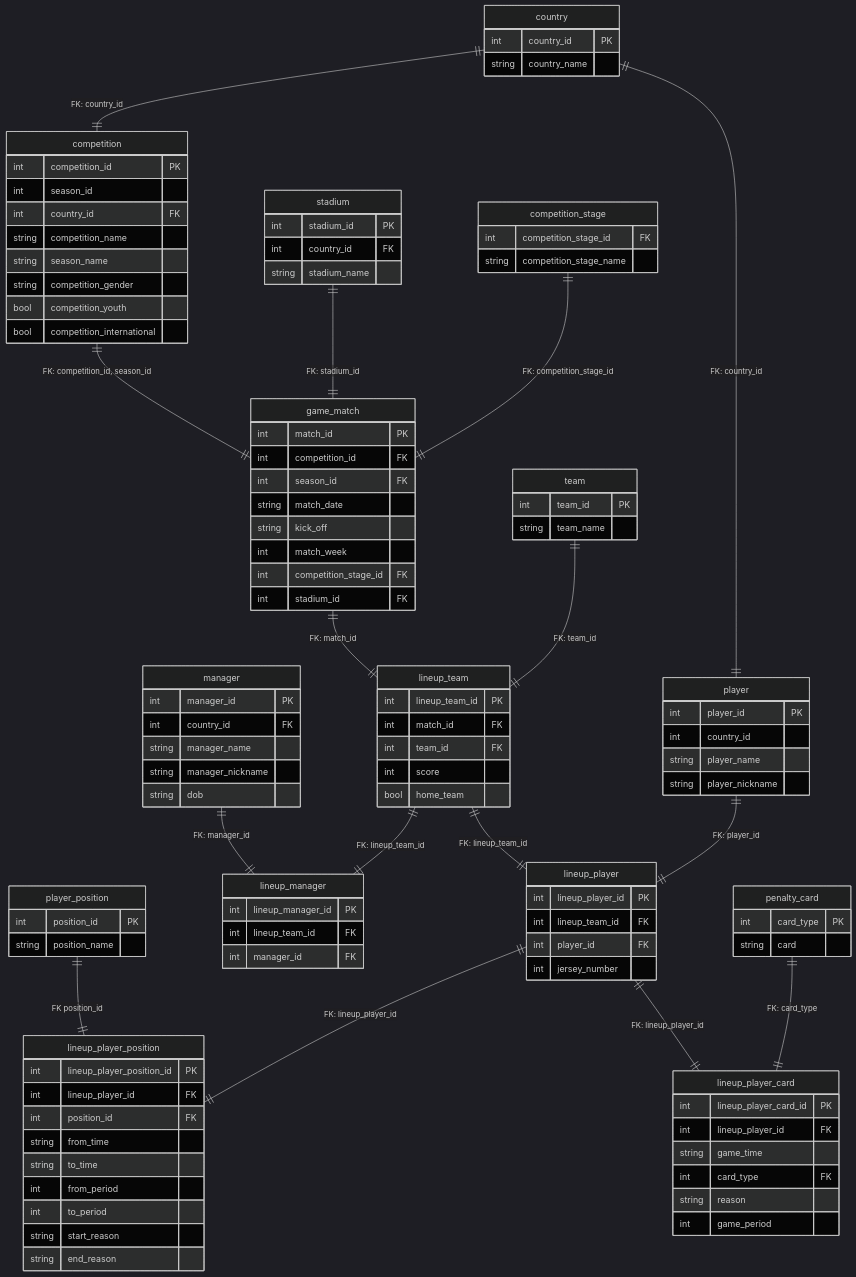
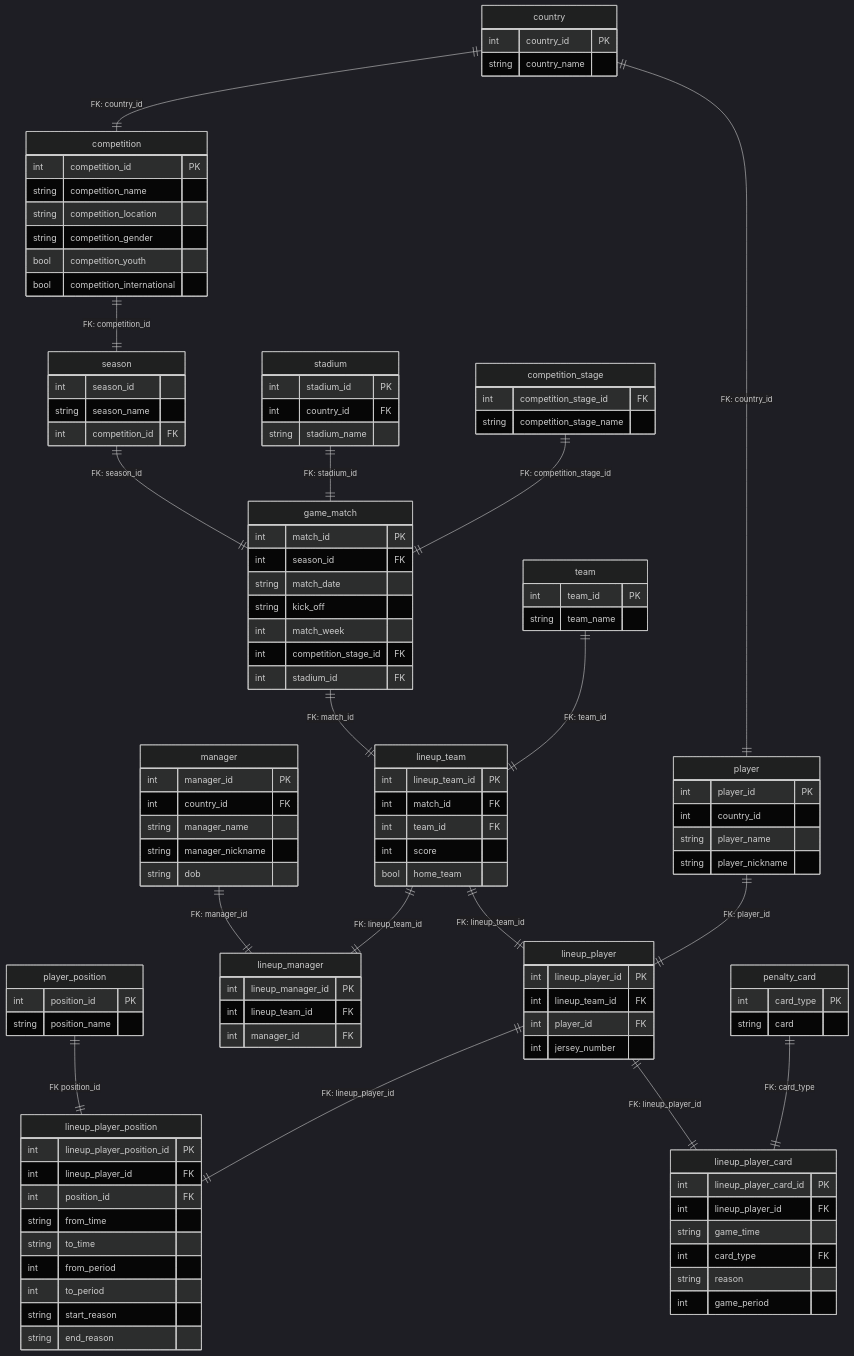
The second of 2 diagrams in README.md (SaturnOperator/Soccer-Database), drawn with Mermaid (dark theme) before and after one commit. The commit also changed 3 other files, not shown here.

Commit message:
Fully implemented all tables needed for data/competitions and data/lineups/* json files. This change has more changes that further normalizes the json data and addition of new tables reflected in the SQL table setup file and changes to the ER diagram.

```diff
--- a/README.md
+++ b/README.md
@@ -38,13 +38,17 @@
 	
 	competition {
 		int competition_id PK
-		int season_id
-		int country_id FK
 		string competition_name
-		string season_name
+		string competition_location
 		string competition_gender
 		bool competition_youth
-				bool competition_international
+		bool competition_international
+	}
+	
+	season {
+			int season_id
+			string season_name
+			int competition_id FK
 	}
 	
 	stadium {
@@ -68,7 +72,6 @@
 	
 	game_match {
 			int match_id PK
-			int competition_id FK
 			int season_id FK
 				string match_date
 				string kick_off
@@ -147,7 +150,8 @@
 	team ||--|| lineup_team : "FK: team_id"
 	lineup_team ||--|| lineup_player : "FK: lineup_team_id"
 	country ||--|| competition : "FK: country_id"
-	competition ||--|| game_match : "FK: competition_id, season_id"
+	competition ||--|| season : "FK: competition_id"
+	season ||--|| game_match : "FK: season_id"
 	stadium  ||--|| game_match : "FK: stadium_id"
 	competition_stage  ||--|| game_match : "FK: competition_stage_id"
   manager  ||--|| lineup_manager : "FK: manager_id"
```
